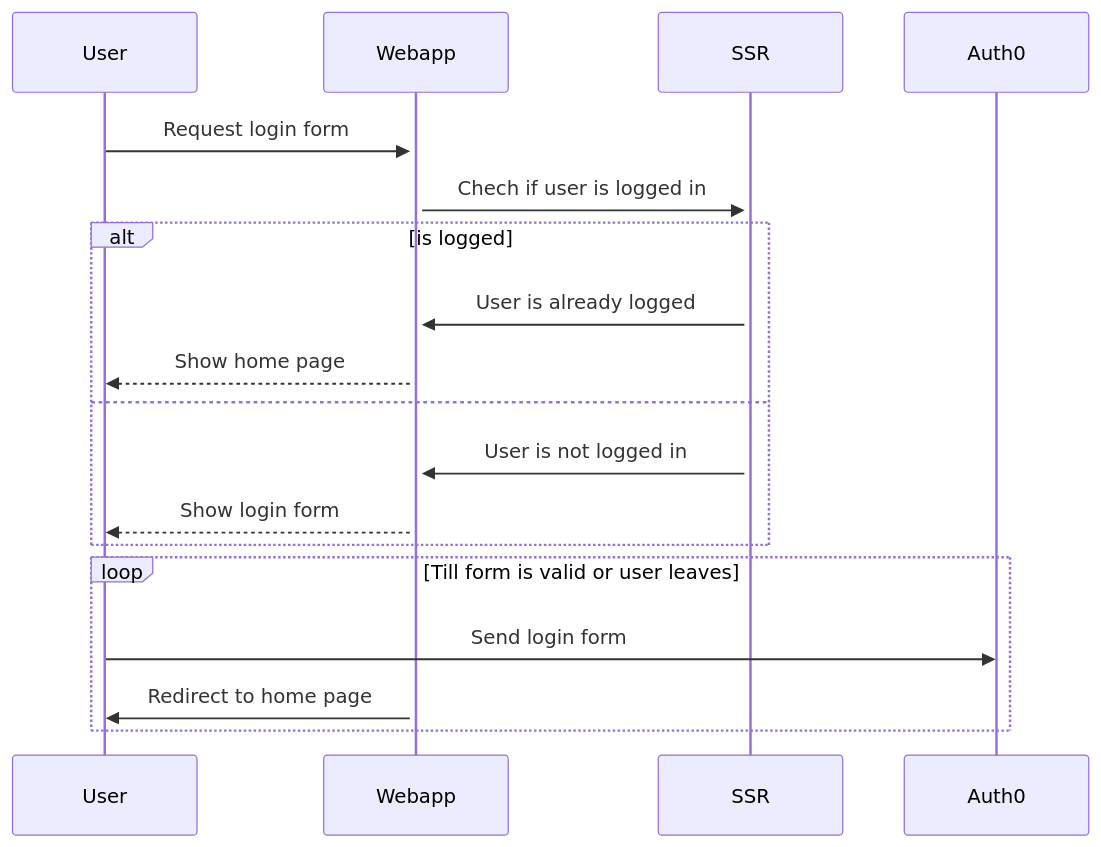
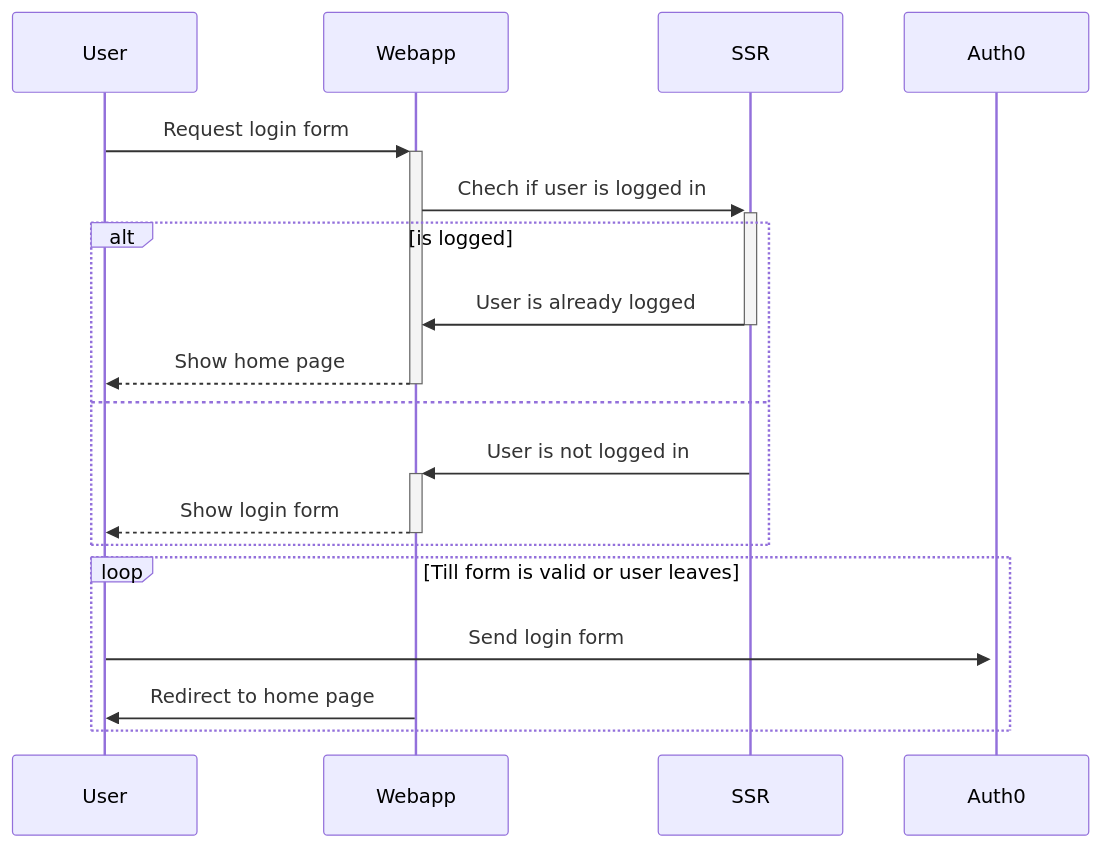
The second of 2 diagrams in Platform/Sequences/Authish sequences.md (MateuszSuder/SlotPlatform-documentation), drawn with Mermaid before and after one commit. The commit also changed other lines of this file and 2 other files, not shown here.

Commit message:
add api key request sequences

````diff
--- a/Platform/Sequences/Authish sequences.md
+++ b/Platform/Sequences/Authish sequences.md
@@ -33,16 +33,16 @@
 ```mermaid
 sequenceDiagram
 	User->>+Webapp: Request login form
 	Webapp->>+SSR: Chech if user is logged in
 	alt is logged
-		SSR->>Webapp: User is already logged
-		Webapp-->>User: Show home page
+		SSR->>-Webapp: User is already logged
+		Webapp-->>-User: Show home page
 	else
-		SSR->>Webapp: User is not logged in
-		Webapp-->>User: Show login form
+		SSR->>+Webapp: User is not logged in
+		Webapp-->>-User: Show login form
 	end
 	loop Till form is valid or user leaves
-		User->>Auth0: Send login form
+		User->>+Auth0: Send login form
 		Webapp->>User: Redirect to home page
 	end
 ```
````
